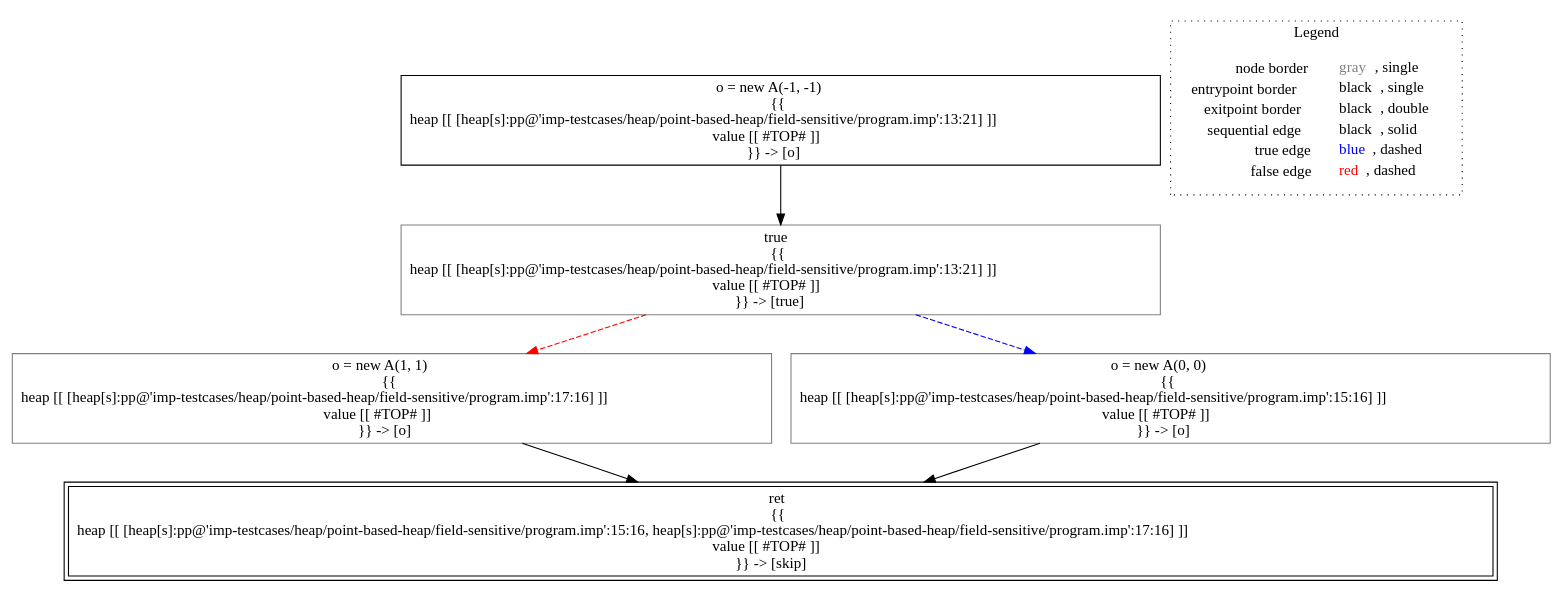
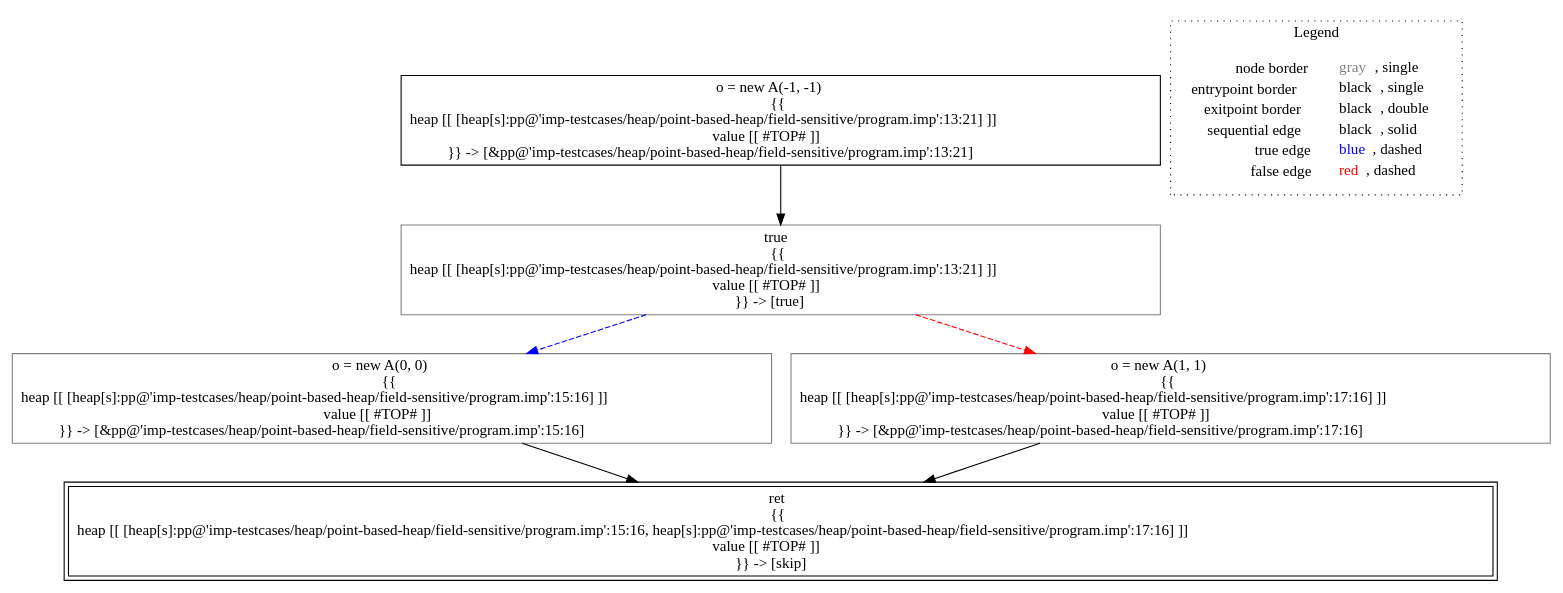
One commit to lisa-analyzer/lisa changed the diagram in lisa/imp-testcases/heap/point-based-heap/field-sensitive/analysis___untyped_A.f2(A_this).dot. Above: the diagram before and after it, drawn with Graphviz. The commit also changed 15 other files, not shown here.

Commit message:
#95 refactoring, simplified point based analysis

```diff
--- a/lisa/imp-testcases/heap/point-based-heap/field-sensitive/analysis___untyped_A.f2(A_this).dot
+++ b/lisa/imp-testcases/heap/point-based-heap/field-sensitive/analysis___untyped_A.f2(A_this).dot
@@ -1,19 +1,19 @@
 digraph {
-	"node0" [shape="rect",color="black",label=<o = new A(-1, -1)<BR/>{{<BR/>heap [[ [heap[s]:pp@'imp-testcases/heap/point-based-heap/field-sensitive/program.imp':13:21] ]]<BR/>value [[ #TOP# ]]<BR/>}} -&gt; [o]>];
-	"node1" [shape="rect",color="gray",label=<o = new A(1, 1)<BR/>{{<BR/>heap [[ [heap[s]:pp@'imp-testcases/heap/point-based-heap/field-sensitive/program.imp':17:16] ]]<BR/>value [[ #TOP# ]]<BR/>}} -&gt; [o]>];
-	"node2" [shape="rect",color="gray",label=<o = new A(0, 0)<BR/>{{<BR/>heap [[ [heap[s]:pp@'imp-testcases/heap/point-based-heap/field-sensitive/program.imp':15:16] ]]<BR/>value [[ #TOP# ]]<BR/>}} -&gt; [o]>];
-	"node3" [shape="rect",color="gray",label=<true<BR/>{{<BR/>heap [[ [heap[s]:pp@'imp-testcases/heap/point-based-heap/field-sensitive/program.imp':13:21] ]]<BR/>value [[ #TOP# ]]<BR/>}} -&gt; [true]>];
-	"node4" [shape="rect",color="black",peripheries="2",label=<ret<BR/>{{<BR/>heap [[ [heap[s]:pp@'imp-testcases/heap/point-based-heap/field-sensitive/program.imp':15:16, heap[s]:pp@'imp-testcases/heap/point-based-heap/field-sensitive/program.imp':17:16] ]]<BR/>value [[ #TOP# ]]<BR/>}} -&gt; [skip]>];
-	"node1" -> "node4" [color="black"];
-	"node0" -> "node3" [color="black"];
-	"node2" -> "node4" [color="black"];
-	"node3" -> "node1" [color="red",style="dashed"];
-	"node3" -> "node2" [color="blue",style="dashed"];
+	"node0" [shape="rect",color="black",label=<o = new A(-1, -1)<BR/>{{<BR/>heap [[ [heap[s]:pp@'imp-testcases/heap/point-based-heap/field-sensitive/program.imp':13:21] ]]<BR/>value [[ #TOP# ]]<BR/>}} -&gt; [&amp;pp@'imp-testcases/heap/point-based-heap/field-sensitive/program.imp':13:21]>];
+	"node1" [shape="rect",color="gray",label=<true<BR/>{{<BR/>heap [[ [heap[s]:pp@'imp-testcases/heap/point-based-heap/field-sensitive/program.imp':13:21] ]]<BR/>value [[ #TOP# ]]<BR/>}} -&gt; [true]>];
+	"node2" [shape="rect",color="black",peripheries="2",label=<ret<BR/>{{<BR/>heap [[ [heap[s]:pp@'imp-testcases/heap/point-based-heap/field-sensitive/program.imp':15:16, heap[s]:pp@'imp-testcases/heap/point-based-heap/field-sensitive/program.imp':17:16] ]]<BR/>value [[ #TOP# ]]<BR/>}} -&gt; [skip]>];
+	"node3" [shape="rect",color="gray",label=<o = new A(0, 0)<BR/>{{<BR/>heap [[ [heap[s]:pp@'imp-testcases/heap/point-based-heap/field-sensitive/program.imp':15:16] ]]<BR/>value [[ #TOP# ]]<BR/>}} -&gt; [&amp;pp@'imp-testcases/heap/point-based-heap/field-sensitive/program.imp':15:16]>];
+	"node4" [shape="rect",color="gray",label=<o = new A(1, 1)<BR/>{{<BR/>heap [[ [heap[s]:pp@'imp-testcases/heap/point-based-heap/field-sensitive/program.imp':17:16] ]]<BR/>value [[ #TOP# ]]<BR/>}} -&gt; [&amp;pp@'imp-testcases/heap/point-based-heap/field-sensitive/program.imp':17:16]>];
+	"node0" -> "node1" [color="black"];
+	"node1" -> "node3" [color="blue",style="dashed"];
+	"node1" -> "node4" [color="red",style="dashed"];
+	"node3" -> "node2" [color="black"];
+	"node4" -> "node2" [color="black"];
 subgraph cluster_legend {
 	label="Legend";
 	style=dotted;
 	node [shape=plaintext];
 	"legend" [label=<<table border="0" cellpadding="2" cellspacing="0" cellborder="0"><tr><td align="right">node border&nbsp;</td><td align="left"><font color="gray">gray</font>, single</td></tr><tr><td align="right">entrypoint border&nbsp;</td><td align="left"><font color="black">black</font>, single</td></tr><tr><td align="right">exitpoint border&nbsp;</td><td align="left"><font color="black">black</font>, double</td></tr><tr><td align="right">sequential edge&nbsp;</td><td align="left"><font color="black">black</font>, solid</td></tr><tr><td align="right">true edge&nbsp;</td><td align="left"><font color="blue">blue</font>, dashed</td></tr><tr><td align="right">false edge&nbsp;</td><td align="left"><font color="red">red</font>, dashed</td></tr></table>>];
 }
 
 }
```
